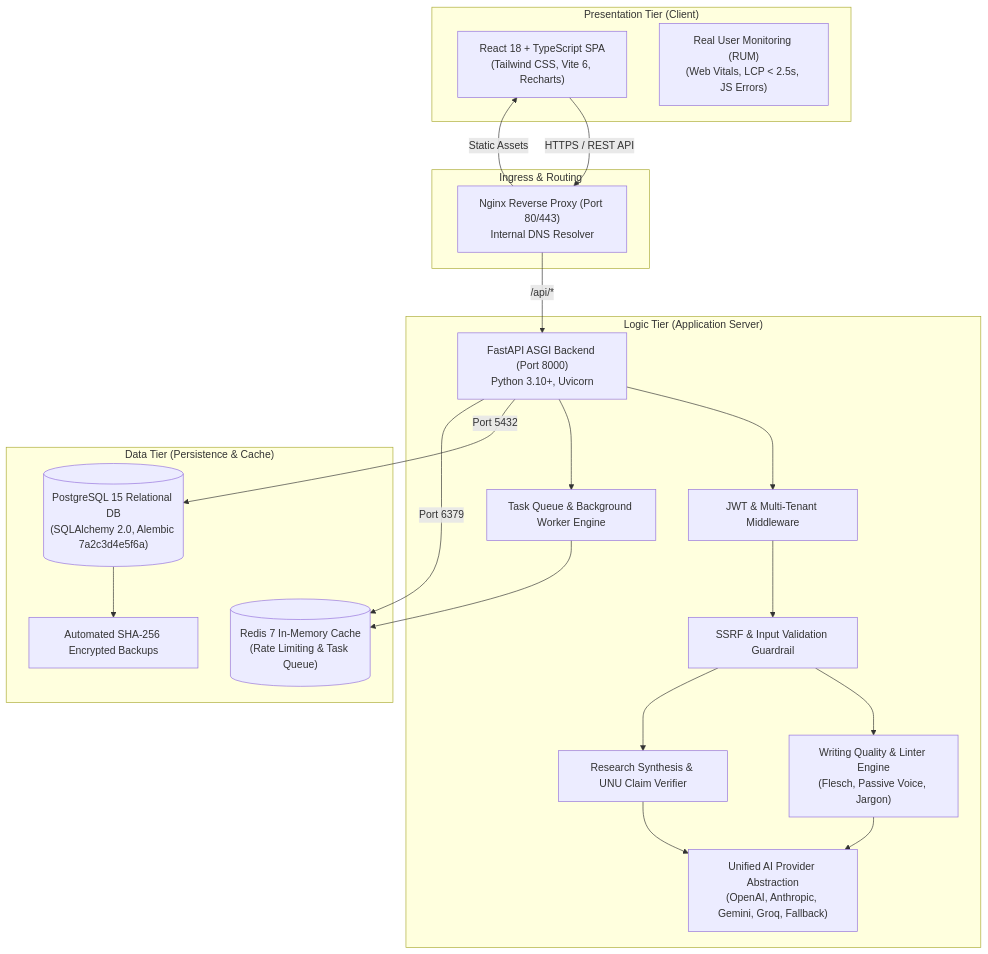
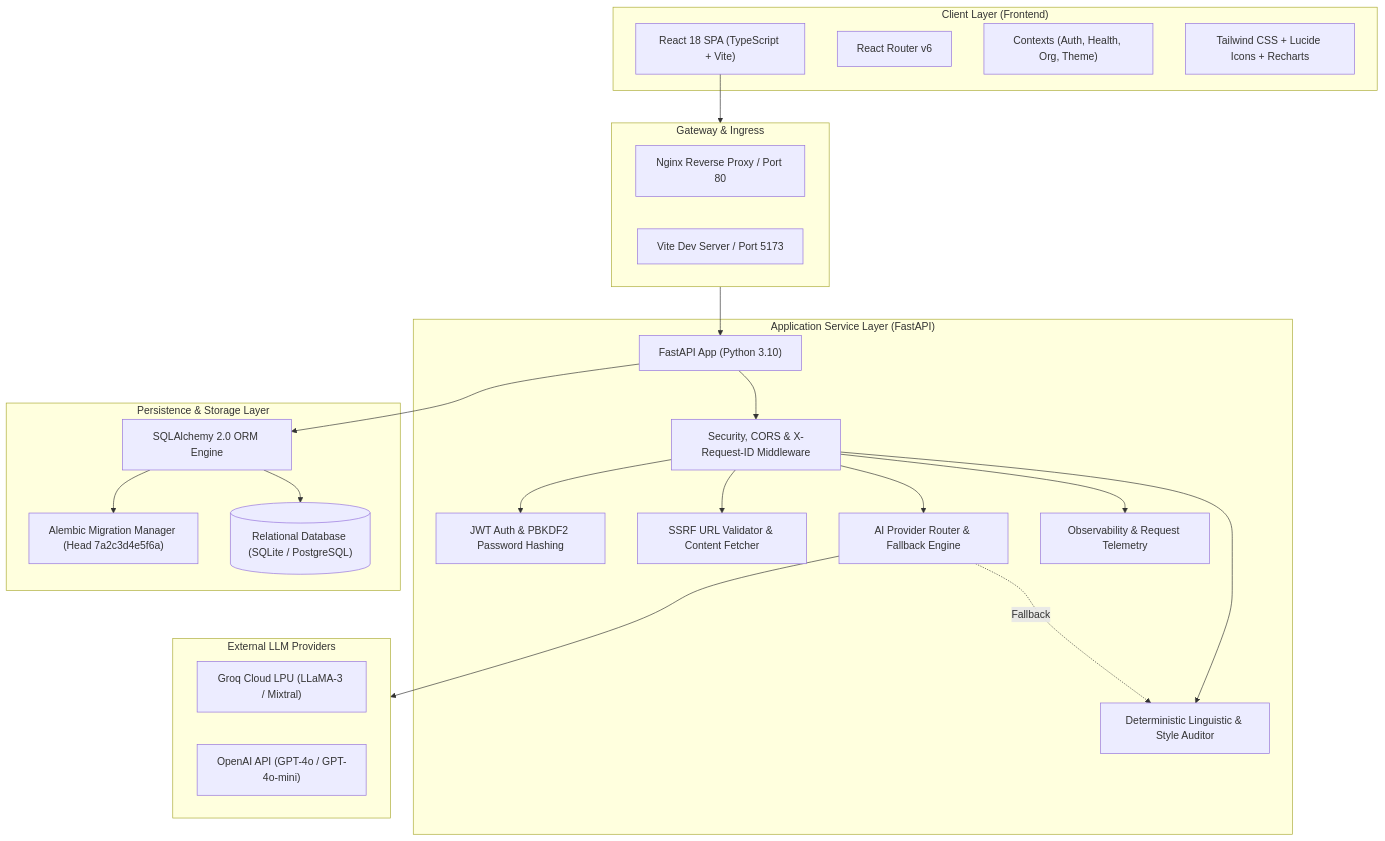
One commit to mubashirhussen/AI-Editorial-Workspace changed the first of 4 diagrams in README.md. Above: the diagram before and after it, drawn with Mermaid. The commit also changed other lines of this file and 17 other files, not shown here.

Commit message:
docs: finalize comprehensive master README with problem statement, architecture, LLMs, and usage

````diff
--- a/README.md
+++ b/README.md
@@ -120,41 +126,49 @@
 ```mermaid
-flowchart TD
-    subgraph PresentationTier["Presentation Tier (Client)"]
-        UI["React 18 + TypeScript SPA<br/>(Tailwind CSS, Vite 6, Recharts)"]
-        RUM["Real User Monitoring (RUM)<br/>(Web Vitals, LCP &lt; 2.5s, JS Errors)"]
+graph TD
+    subgraph ClientLayer["Client Layer (Frontend)"]
+        SPA["React 18 SPA (TypeScript + Vite)"]
+        Router["React Router v6"]
+        Contexts["Contexts (Auth, Health, Org, Theme)"]
+        UI["Tailwind CSS + Lucide Icons + Recharts"]
     end
 
-    subgraph IngressGateway["Ingress & Routing"]
-        Nginx["Nginx Reverse Proxy (Port 80/443)<br/>Internal DNS Resolver"]
+    subgraph GatewayLayer["Gateway & Ingress"]
+        Nginx["Nginx Reverse Proxy / Port 80"]
+        ViteDev["Vite Dev Server / Port 5173"]
     end
 
-    subgraph LogicTier["Logic Tier (Application Server)"]
-        API["FastAPI ASGI Backend (Port 8000)<br/>Python 3.10+, Uvicorn"]
-        AuthMiddleware["JWT &amp; Multi-Tenant Middleware"]
-        SSRFGuard["SSRF &amp; Input Validation Guardrail"]
-        WritingEngine["Writing Quality &amp; Linter Engine<br/>(Flesch, Passive Voice, Jargon)"]
-        ResearchEngine["Research Synthesis &amp; UNU Claim Verifier"]
-        AIRouter["Unified AI Provider Abstraction<br/>(OpenAI, Anthropic, Gemini, Groq, Fallback)"]
-        TaskQueue["Task Queue &amp; Background Worker Engine"]
+    subgraph ServiceLayer["Application Service Layer (FastAPI)"]
+        API["FastAPI App (Python 3.10)"]
+        Middleware["Security, CORS & X-Request-ID Middleware"]
+        AuthModule["JWT Auth & PBKDF2 Password Hashing"]
+        SSRFModule["SSRF URL Validator & Content Fetcher"]
+        AuditEngine["Deterministic Linguistic & Style Auditor"]
+        AIRouter["AI Provider Router & Fallback Engine"]
+        TelemetryModule["Observability & Request Telemetry"]
     end
 
-    subgraph DataTier["Data Tier (Persistence &amp; Cache)"]
-        Postgres[("PostgreSQL 15 Relational DB<br/>(SQLAlchemy 2.0, Alembic 7a2c3d4e5f6a)")]
-        Redis[("Redis 7 In-Memory Cache<br/>(Rate Limiting &amp; Task Queue)")]
-        BackupEngine["Automated SHA-256 Encrypted Backups"]
+    subgraph DataLayer["Persistence & Storage Layer"]
+        SQLA["SQLAlchemy 2.0 ORM Engine"]
+        Alembic["Alembic Migration Manager (Head 7a2c3d4e5f6a)"]
+        DB[("Relational Database (SQLite / PostgreSQL)")]
     end
 
-    UI -->|HTTPS / REST API| Nginx
-    Nginx -->|/api/*| API
-    Nginx -->|Static Assets| UI
-    API --> AuthMiddleware --> SSRFGuard
-    SSRFGuard --> WritingEngine
-    SSRFGuard --> ResearchEngine
-    ResearchEngine --> AIRouter
-    WritingEngine --> AIRouter
-    API --> TaskQueue
-    API -->|Port 5432| Postgres
-    API -->|Port 6379| Redis
-    TaskQueue --> Redis
-    Postgres --> BackupEngine
+    subgraph ExternalServices["External LLM Providers"]
+        Groq["Groq Cloud LPU (LLaMA-3 / Mixtral)"]
+        OpenAI["OpenAI API (GPT-4o / GPT-4o-mini)"]
+    end
+
+    SPA --> GatewayLayer
+    GatewayLayer --> API
+    API --> Middleware
+    Middleware --> AuthModule
+    Middleware --> SSRFModule
+    Middleware --> AuditEngine
+    Middleware --> AIRouter
+    Middleware --> TelemetryModule
+    AIRouter --> ExternalServices
+    AIRouter -. Fallback .-> AuditEngine
+    API --> SQLA
+    SQLA --> Alembic
+    SQLA --> DB
 ```
````
